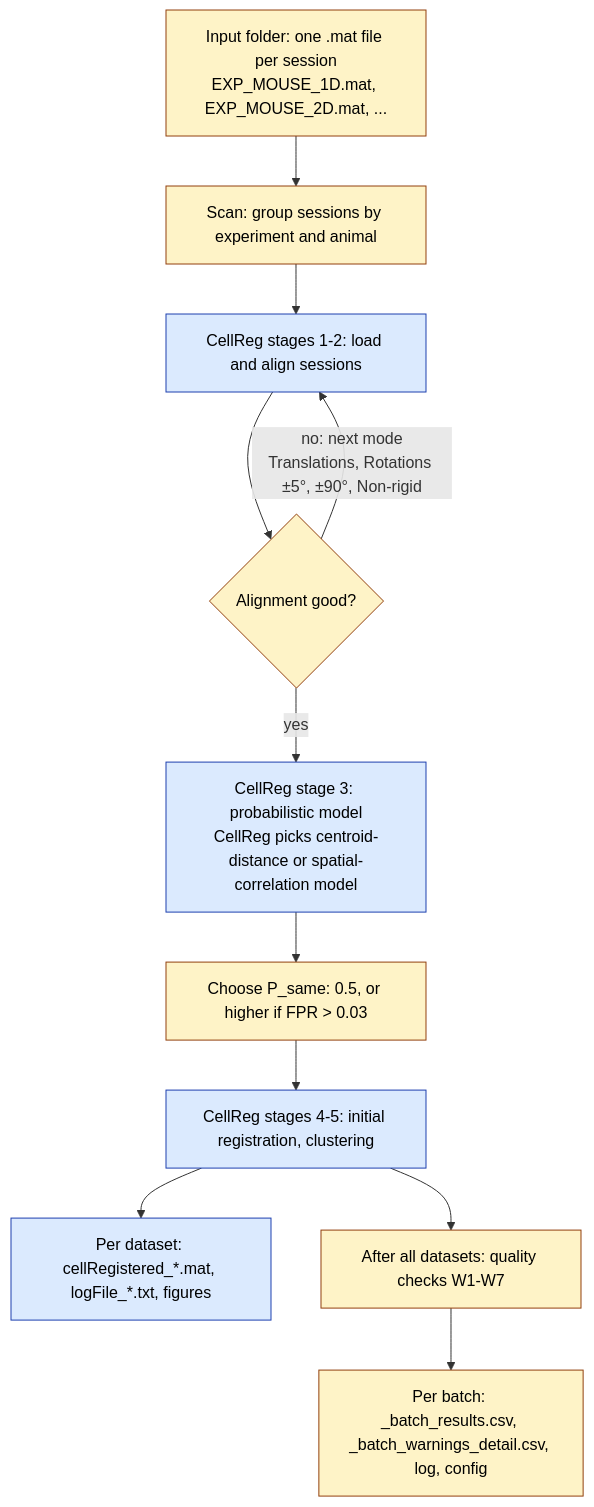
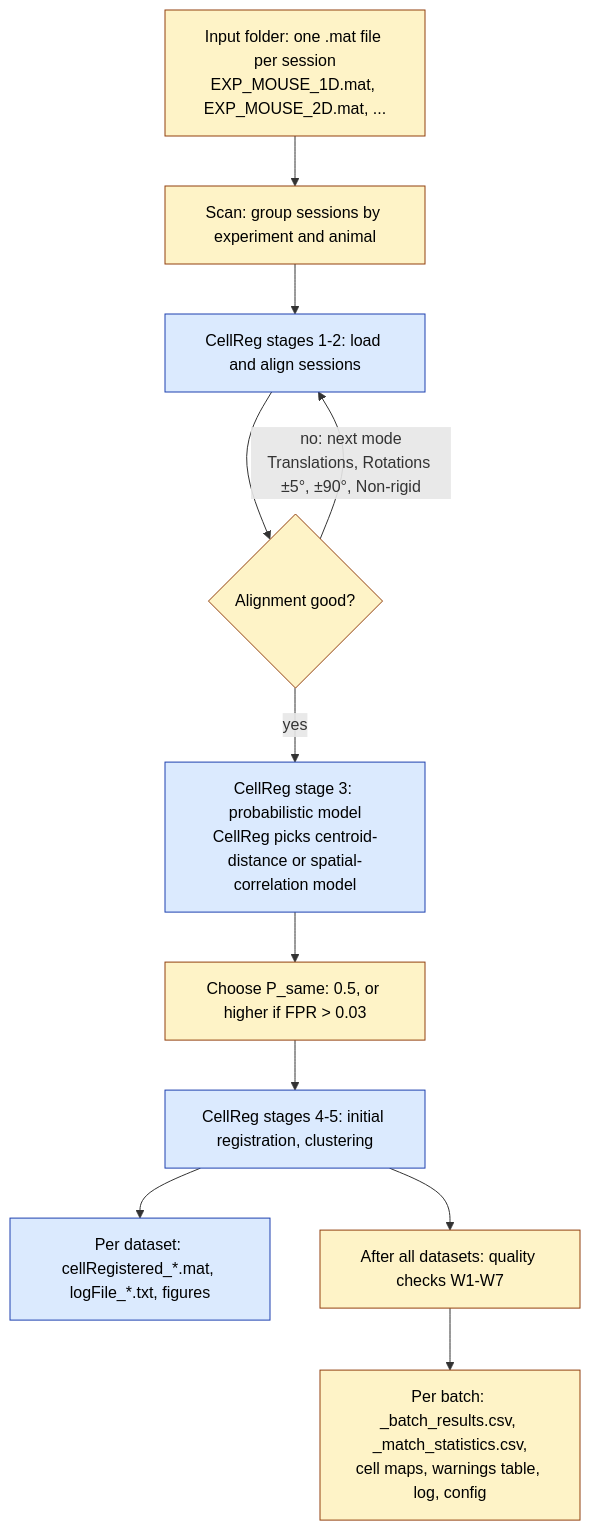
The diagram in README.md (iabs-neuro/CellRegBatch), drawn with Mermaid before and after one commit. The commit also changed other lines of this file and 6 other files, not shown here.

First line of the commit message:
docs: Russian guide; describe cell maps, match statistics and the detail file

````diff
--- a/README.md
+++ b/README.md
@@ -46,21 +47,21 @@
 ```mermaid
 flowchart TD
     IN["Input folder: one .mat file per session<br/>EXP_MOUSE_1D.mat, EXP_MOUSE_2D.mat, ..."]
     SCAN["Scan: group sessions by experiment and animal"]
     S12["CellReg stages 1-2: load and align sessions"]
     CHK{"Alignment good?"}
     S3["CellReg stage 3: probabilistic model<br/>CellReg picks centroid-distance or spatial-correlation model"]
     PS["Choose P_same: 0.5, or higher if FPR > 0.03"]
     S45["CellReg stages 4-5: initial registration, clustering"]
     OUT1["Per dataset: cellRegistered_*.mat, logFile_*.txt, figures"]
     AN["After all datasets: quality checks W1-W7"]
-    OUT2["Per batch: _batch_results.csv, _batch_warnings_detail.csv, log, config"]
+    OUT2["Per batch: _batch_results.csv, _match_statistics.csv,<br/>cell maps, warnings table, log, config"]
     IN --> SCAN --> S12 --> CHK
     CHK -->|"no: next mode<br/>Translations, Rotations ±5°, ±90°, Non-rigid"| S12
     CHK -->|yes| S3 --> PS --> S45 --> OUT1
     S45 --> AN --> OUT2
     classDef cellreg fill:#dbeafe,stroke:#1e40af,color:#000
     classDef batch fill:#fef3c7,stroke:#92400e,color:#000
     class S12,S3,S45,OUT1 cellreg
     class IN,SCAN,CHK,PS,AN,OUT2 batch
 ```
````
